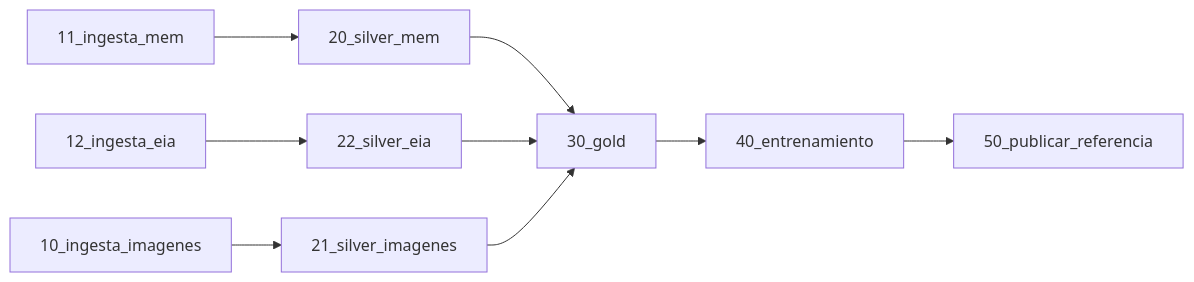
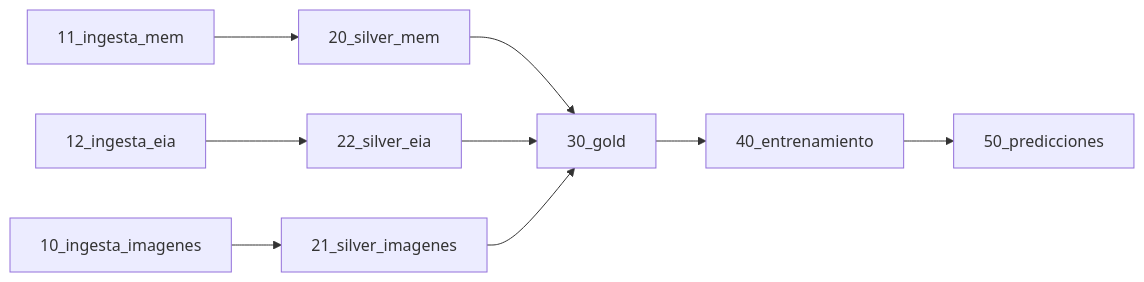
The second of 2 diagrams in docs/arquitectura/arquitectura.md (chuy-zip/MLOPS_GAS_PRICES_PROJECT), drawn with Mermaid before and after one commit. The commit also changed other lines of this file and 29 other files, not shown here.

````diff
--- a/docs/arquitectura/arquitectura.md
+++ b/docs/arquitectura/arquitectura.md
@@ -53,11 +54,11 @@
 ```mermaid
 flowchart LR
     T10["10_ingesta_imagenes"] --> T21["21_silver_imagenes"]
     T11["11_ingesta_mem"] --> T20["20_silver_mem"]
     T12["12_ingesta_eia"] --> T22["22_silver_eia"]
     T20 --> T30["30_gold"]
     T22 --> T30
     T21 --> T30
     T30 --> T40["40_entrenamiento"]
-    T40 --> T50["50_publicar_referencia"]
+    T40 --> T50["50_predicciones"]
 ```
````
